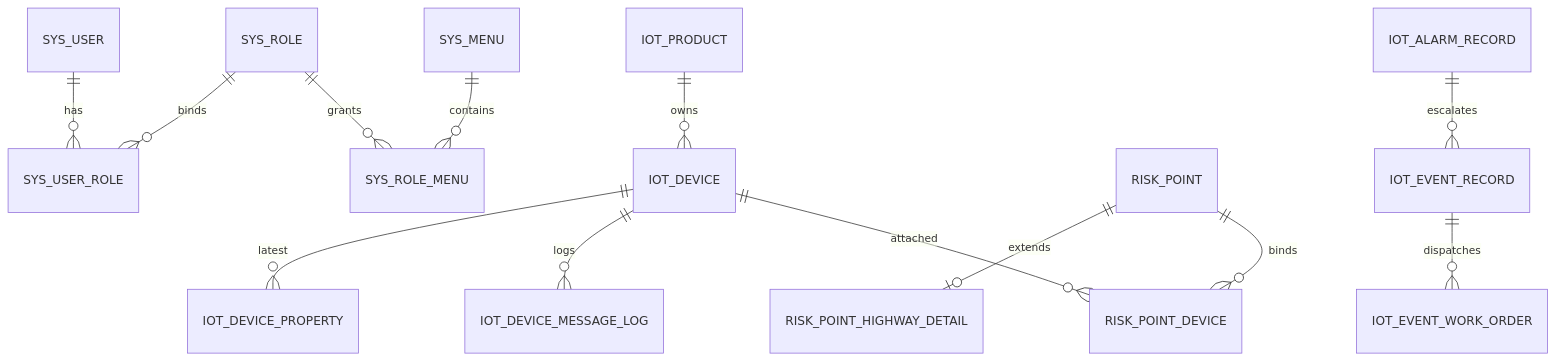
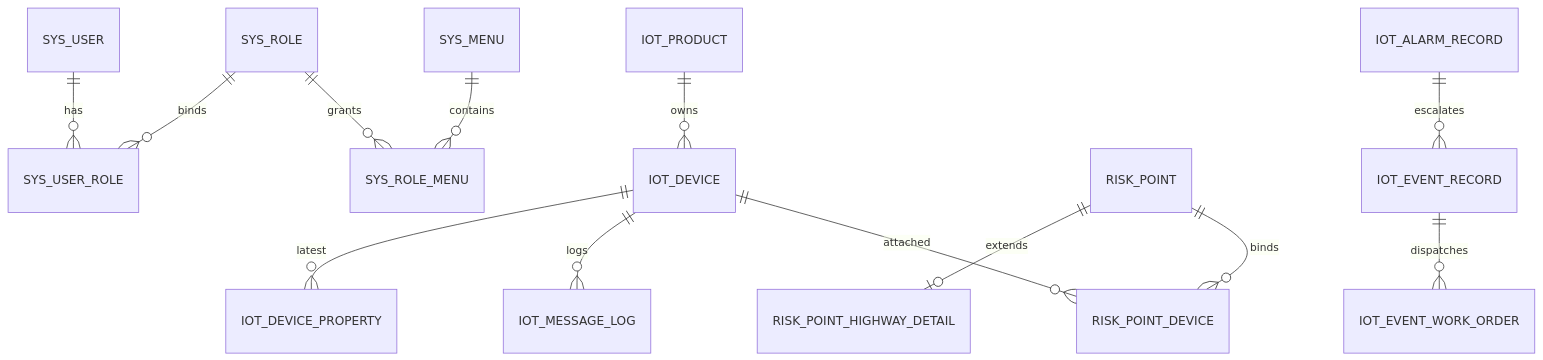
Before and after one commit to rxbyes/spring-boot-iot: the second of 2 diagrams in docs/04-数据库设计与初始化数据.md, drawn with Mermaid. The commit also changed other lines of this file and 145 other files, not shown here.

````diff
--- a/docs/04-数据库设计与初始化数据.md
+++ b/docs/04-数据库设计与初始化数据.md
@@ -1447,15 +1473,15 @@
 ```mermaid
 erDiagram
     SYS_USER ||--o{ SYS_USER_ROLE : has
     SYS_ROLE ||--o{ SYS_USER_ROLE : binds
     SYS_ROLE ||--o{ SYS_ROLE_MENU : grants
     SYS_MENU ||--o{ SYS_ROLE_MENU : contains
     IOT_PRODUCT ||--o{ IOT_DEVICE : owns
     IOT_DEVICE ||--o{ IOT_DEVICE_PROPERTY : latest
-    IOT_DEVICE ||--o{ IOT_DEVICE_MESSAGE_LOG : logs
+    IOT_DEVICE ||--o{ IOT_MESSAGE_LOG : logs
     RISK_POINT ||--o| RISK_POINT_HIGHWAY_DETAIL : extends
     RISK_POINT ||--o{ RISK_POINT_DEVICE : binds
     IOT_DEVICE ||--o{ RISK_POINT_DEVICE : attached
     IOT_ALARM_RECORD ||--o{ IOT_EVENT_RECORD : escalates
     IOT_EVENT_RECORD ||--o{ IOT_EVENT_WORK_ORDER : dispatches
 ```
````
